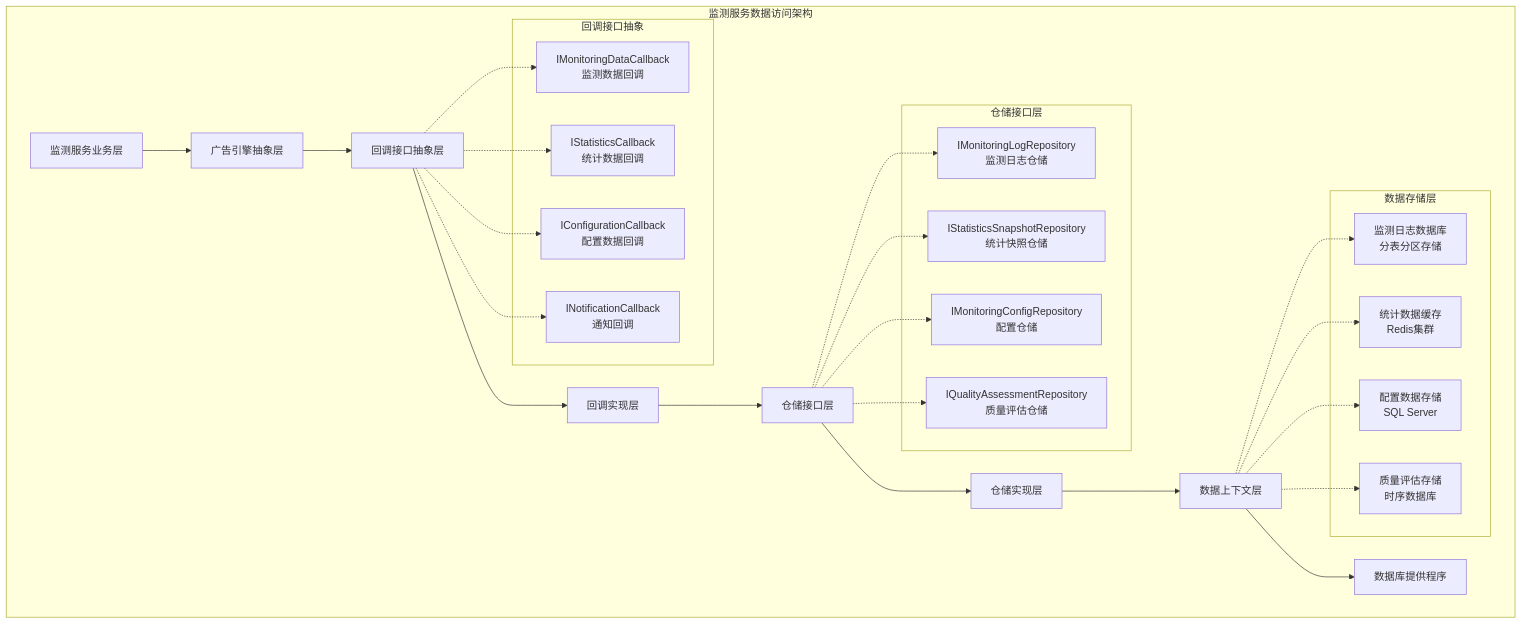
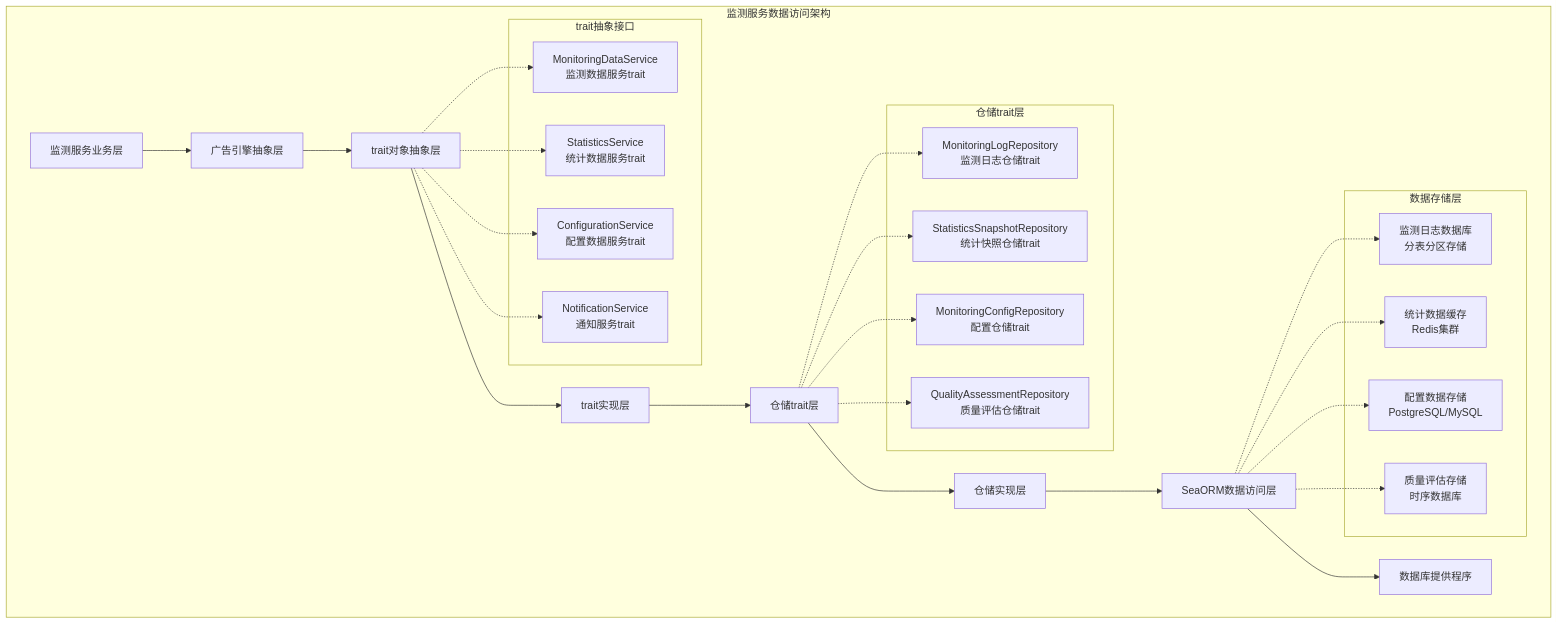
The first of 8 diagrams in docs_TecDesign/广告投放引擎/广告效果监测服务设计/广告效果监测服务数据访问层设计.md (lornshrimp/Lorn.ADSP.Rust), drawn with Mermaid before and after one commit. The commit also changed other lines of this file and 8 other files, not shown here.

````diff
--- a/docs_TecDesign/广告投放引擎/广告效果监测服务设计/广告效果监测服务数据访问层设计.md
+++ b/docs_TecDesign/广告投放引擎/广告效果监测服务设计/广告效果监测服务数据访问层设计.md
@@ -11,48 +11,48 @@
 ```mermaid
 graph TB
     subgraph "监测服务数据访问架构"
         A[监测服务业务层] --> B[广告引擎抽象层]
-        B --> C[回调接口抽象层]
-        C --> D[回调实现层]
-        D --> E[仓储接口层]
+        B --> C[trait对象抽象层]
+        C --> D[trait实现层]
+        D --> E[仓储trait层]
         E --> F[仓储实现层]
-        F --> G[数据上下文层]
+        F --> G[SeaORM数据访问层]
         G --> H[数据库提供程序]
         
-        subgraph "回调接口抽象"
-            I[IMonitoringDataCallback<br/>监测数据回调]
-            J[IStatisticsCallback<br/>统计数据回调]
-            K[IConfigurationCallback<br/>配置数据回调]
-            L[INotificationCallback<br/>通知回调]
+        subgraph "trait抽象接口"
+            I[MonitoringDataService<br/>监测数据服务trait]
+            J[StatisticsService<br/>统计数据服务trait]
+            K[ConfigurationService<br/>配置数据服务trait]
+            L[NotificationService<br/>通知服务trait]
         end
         
-        subgraph "仓储接口层"
-            M[IMonitoringLogRepository<br/>监测日志仓储]
-            N[IStatisticsSnapshotRepository<br/>统计快照仓储]
-            O[IMonitoringConfigRepository<br/>配置仓储]
-            P[IQualityAssessmentRepository<br/>质量评估仓储]
+        subgraph "仓储trait层"
+            M[MonitoringLogRepository<br/>监测日志仓储trait]
+            N[StatisticsSnapshotRepository<br/>统计快照仓储trait]
+            O[MonitoringConfigRepository<br/>配置仓储trait]
+            P[QualityAssessmentRepository<br/>质量评估仓储trait]
         end
         
         subgraph "数据存储层"
             Q[监测日志数据库<br/>分表分区存储]
             R[统计数据缓存<br/>Redis集群]
-            S[配置数据存储<br/>SQL Server]
+            S[配置数据存储<br/>PostgreSQL/MySQL]
             T[质量评估存储<br/>时序数据库]
         end
         
         C -.-> I
         C -.-> J
         C -.-> K
         C -.-> L
         
         E -.-> M
         E -.-> N
         E -.-> O
         E -.-> P
         
         G -.-> Q
         G -.-> R
         G -.-> S
         G -.-> T
     end
 ```
````
